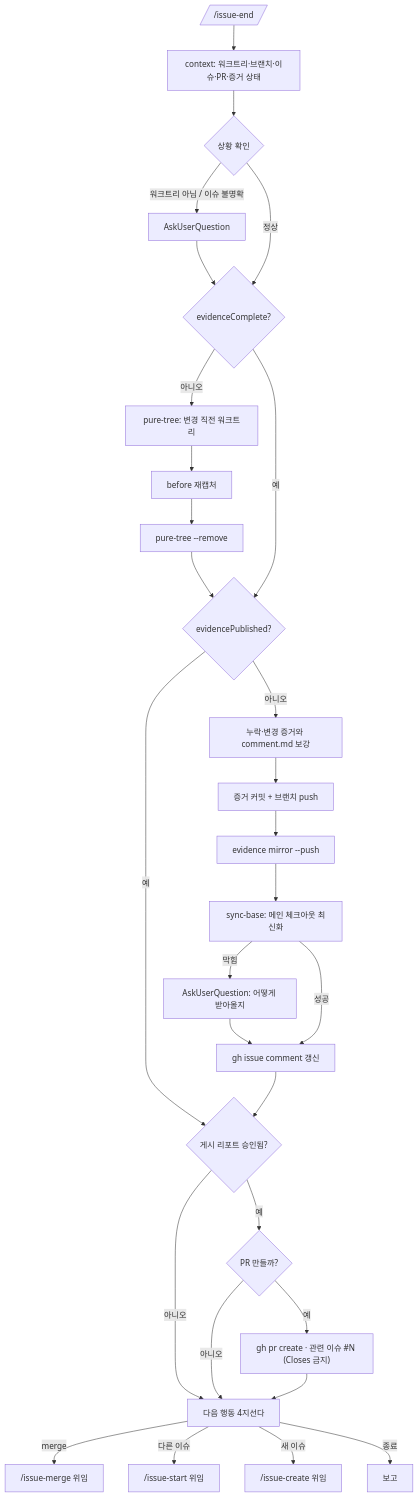
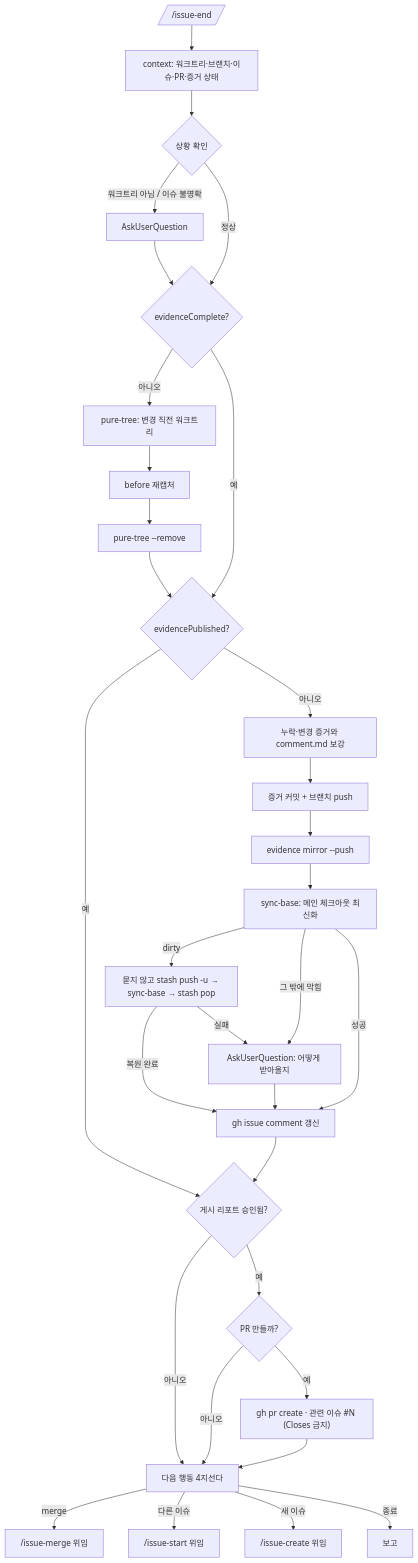
One commit to Mineru98/samsara changed the diagram in skills/issue-end/SKILL.md. Above: the diagram before and after it, drawn with Mermaid. The commit also changed other lines of this file and 3 other files, not shown here.

First line of the commit message:
feat(skills): sync-base dirty 시 묻지 않고 치워두고 받기 (#82)

````diff
--- a/skills/issue-end/SKILL.md
+++ b/skills/issue-end/SKILL.md
@@ -141,29 +141,32 @@
 ```mermaid
 flowchart TD
     A[/"/issue-end"/] --> B[context: 워크트리·브랜치·이슈·PR·증거 상태]
     B --> C{상황 확인}
     C -- 워크트리 아님 / 이슈 불명확 --> C1[AskUserQuestion] --> D
     C -- 정상 --> D{evidenceComplete?}
 
     D -- 아니오 --> E1[pure-tree: 변경 직전 워크트리]
     E1 --> E2[before 재캡처] --> E3[pure-tree --remove] --> F
     D -- 예 --> F{evidencePublished?}
 
     F -- 아니오 --> G[누락·변경 증거와 comment.md 보강]
     G --> H[증거 커밋 + 브랜치 push]
     H --> I[evidence mirror --push]
     I --> I1[sync-base: 메인 체크아웃 최신화]
-    I1 -- 막힘 --> I2[AskUserQuestion: 어떻게 받아올지] --> J
+    I1 -- dirty --> I3[묻지 않고 stash push -u → sync-base → stash pop]
+    I3 -- 복원 완료 --> J
+    I3 -- 실패 --> I2
+    I1 -- 그 밖에 막힘 --> I2[AskUserQuestion: 어떻게 받아올지] --> J
     I1 -- 성공 --> J[gh issue comment 갱신]
     F -- 예 --> K{게시 리포트 승인됨?}
     J --> K
     K -- 아니오 --> N
     K -- 예 --> L{PR 만들까?}
     L -- 예 --> M["gh pr create · 관련 이슈 #N (Closes 금지)"]
     L -- 아니오 --> N
     M --> N[다음 행동 4지선다]
     N -->|merge| O["/issue-merge 위임"]
     N -->|다른 이슈| P["/issue-start 위임"]
     N -->|새 이슈| Q["/issue-create 위임"]
     N -->|종료| R[보고]
 ```
````
